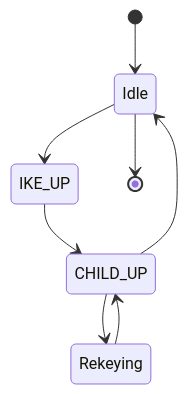
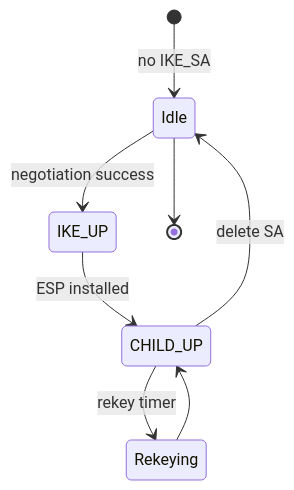
The third of 4 diagrams in docs/vpn-solutions/ipsec-ikev2.md (roto31/Tunnel-Monitor---Universal), drawn with Mermaid before and after one commit. The commit also changed other lines of this file and 25 other files, not shown here.

First line of the commit message:
Docs: add vendor citations, topology SVGs, and updated Mermaid.

````diff
--- a/docs/vpn-solutions/ipsec-ikev2.md
+++ b/docs/vpn-solutions/ipsec-ikev2.md
@@ -41,10 +49,10 @@
 ```mermaid
 stateDiagram-v2
-    [*] --> Idle
-    Idle --> IKE_UP
-    IKE_UP --> CHILD_UP
-    CHILD_UP --> Rekeying
+    [*] --> Idle: no IKE_SA
+    Idle --> IKE_UP: negotiation success
+    IKE_UP --> CHILD_UP: ESP installed
+    CHILD_UP --> Rekeying: rekey timer
     Rekeying --> CHILD_UP
-    CHILD_UP --> Idle
+    CHILD_UP --> Idle: delete SA
     Idle --> [*]
 ```
````
